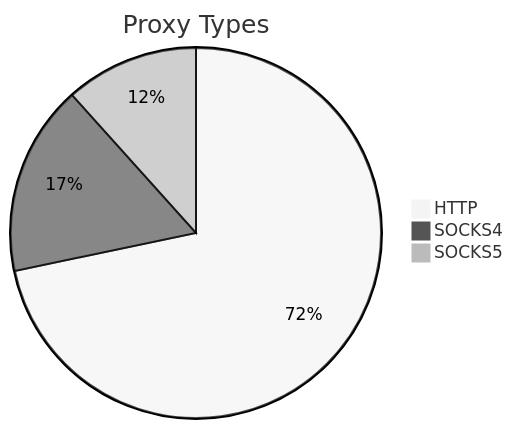
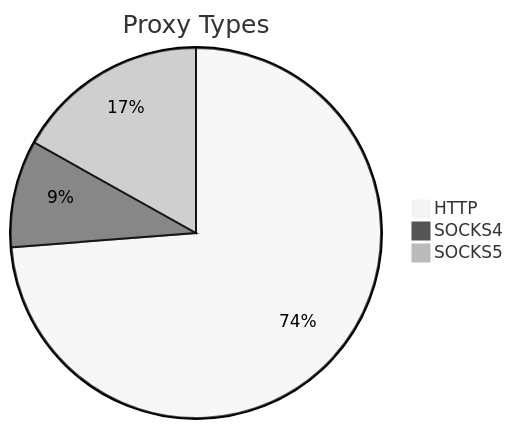
The first of 2 diagrams in README.md (stormsia/proxy-list), drawn with Mermaid (neutral theme) before and after one commit. The commit also changed other lines of this file, not shown here.

````diff
--- a/README.md
+++ b/README.md
@@ -21,6 +21,6 @@
 ```mermaid
 pie title Proxy Types
-    "HTTP" : 431
-    "SOCKS4" : 100
-    "SOCKS5" : 70
+    "HTTP" : 284
+    "SOCKS4" : 36
+    "SOCKS5" : 65
 ```
````
